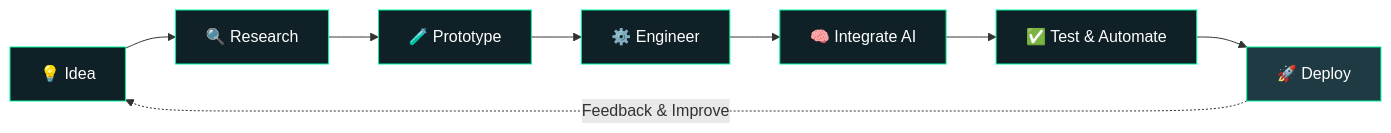
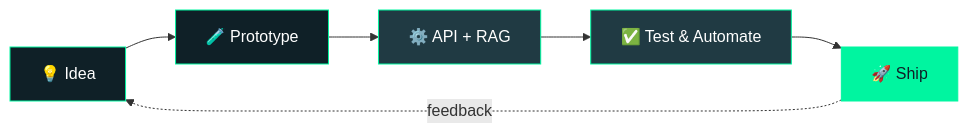
The diagram in README.md (Harishpushpa/Harishpushpa), drawn with Mermaid before and after one commit. The commit also changed other lines of this file, not shown here.

````diff
--- a/README.md
+++ b/README.md
@@ -151,18 +42,14 @@
 ```mermaid
 flowchart LR
-    A["💡 Idea"] --> B["🔍 Research"]
-    B --> C["🧪 Prototype"]
-    C --> D["⚙️ Engineer"]
-    D --> E["🧠 Integrate AI"]
-    E --> F["✅ Test & Automate"]
-    F --> G["🚀 Deploy"]
-    G -. "Feedback & Improve" .-> A
+    A[💡 Idea] --> B[🧪 Prototype]
+    B --> C[⚙️ API + RAG]
+    C --> D[✅ Test & Automate]
+    D --> E[🚀 Ship]
+    E -.feedback.-> A
 
-    style A fill:#0f2027,stroke:#00f5a0,color:#fff
-    style B fill:#0f2027,stroke:#00f5a0,color:#fff
-    style C fill:#0f2027,stroke:#00f5a0,color:#fff
-    style D fill:#0f2027,stroke:#00f5a0,color:#fff
-    style E fill:#0f2027,stroke:#00f5a0,color:#fff
-    style F fill:#0f2027,stroke:#00f5a0,color:#fff
-    style G fill:#203a43,stroke:#00f5a0,color:#fff
+    style A fill:#0f2027,stroke:#00f5a0,color:#ffffff
+    style B fill:#0f2027,stroke:#00f5a0,color:#ffffff
+    style C fill:#203a43,stroke:#00f5a0,color:#ffffff
+    style D fill:#203a43,stroke:#00f5a0,color:#ffffff
+    style E fill:#00f5a0,stroke:#00f5a0,color:#0f2027
 ```
````
